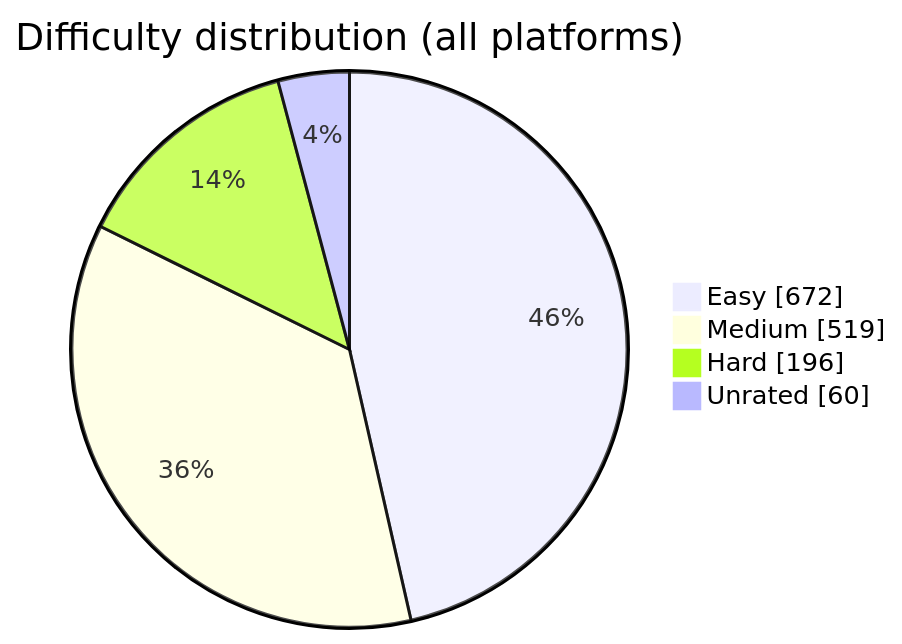
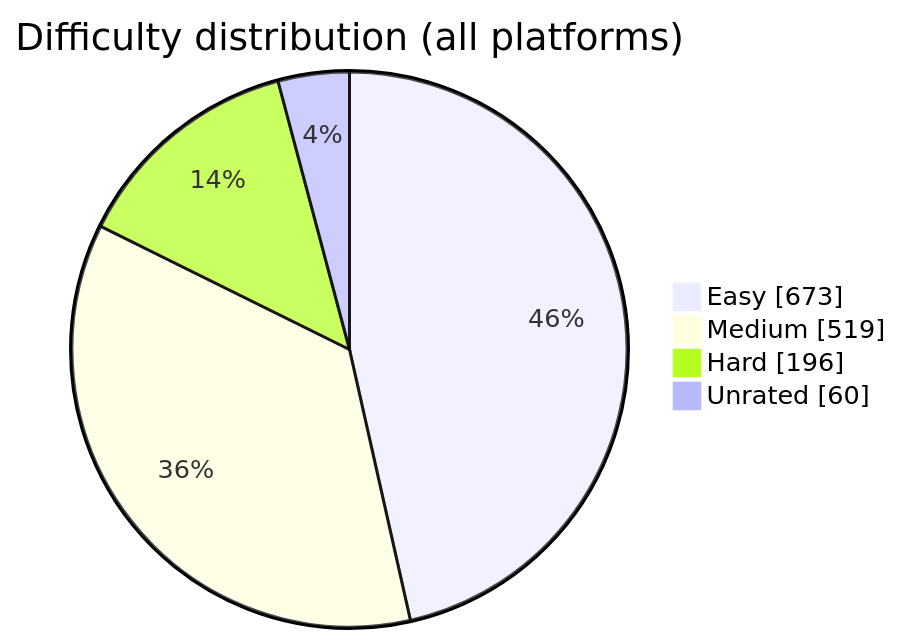
Before and after one commit to BuildbyArindam/Daily-Coding-Log: the diagram in README.md, drawn with Mermaid. The commit also changed other lines of this file, not shown here.

````diff
--- a/README.md
+++ b/README.md
@@ -93,7 +93,7 @@
 ```mermaid
 pie showData title Difficulty distribution (all platforms)
-    "Easy" : 672
+    "Easy" : 673
     "Medium" : 519
     "Hard" : 196
     "Unrated" : 60
 ```
````
